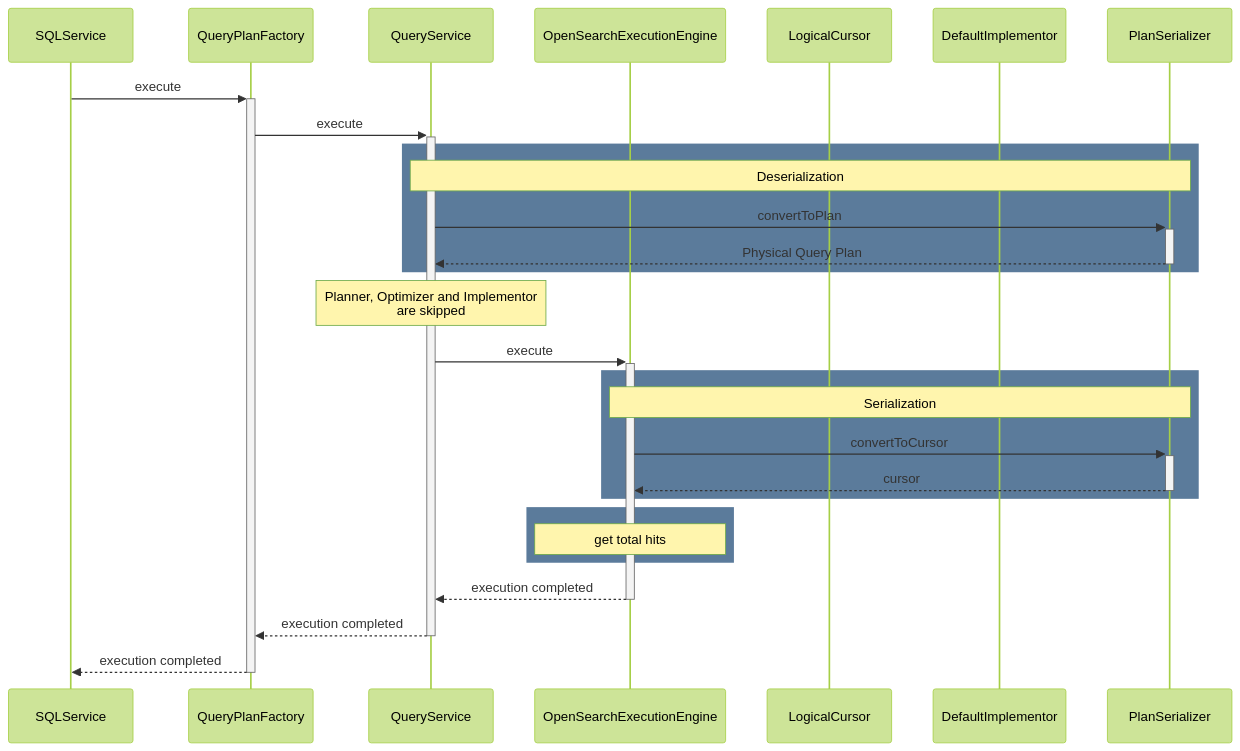
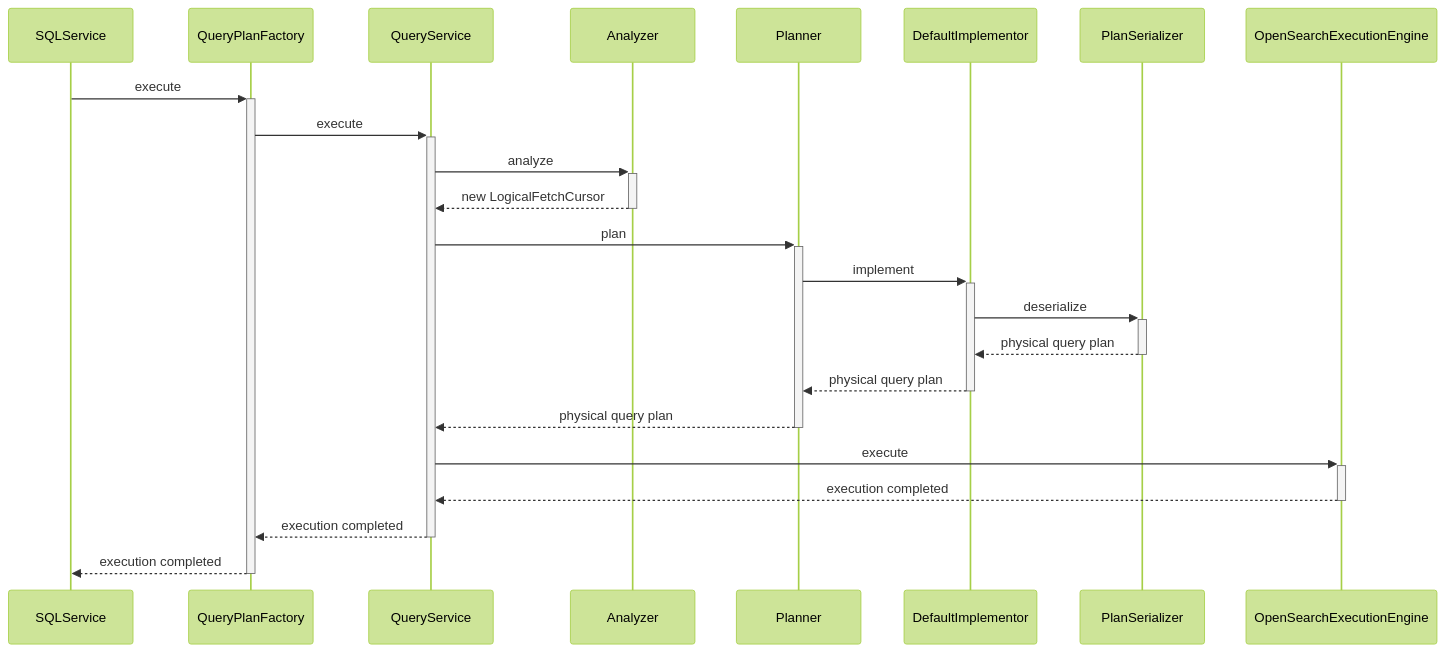
Before and after one commit to opensearch-project/sql: diagram 13 of 18 in docs/dev/Pagination-v2.md, drawn with Mermaid (forest theme). The commit also changed other lines of this file, not shown here.

Commit message:
Update design document to reflect refactor.

````diff
--- a/docs/dev/Pagination-v2.md
+++ b/docs/dev/Pagination-v2.md
@@ -501,31 +501,18 @@
 ```mermaid
 sequenceDiagram
-    participant SQLService
-    participant QueryPlanFactory
-    participant QueryService
-    participant OpenSearchExecutionEngine
-    participant LogicalCursor
-    participant DefaultImplementor
-    participant PlanSerializer
 
 SQLService ->>+ QueryPlanFactory : execute
   QueryPlanFactory ->>+ QueryService : execute
-    rect rgb(91, 123, 155)
-    note over QueryService, PlanSerializer : Deserialization
-    QueryService ->>+ PlanSerializer: convertToPlan
-      PlanSerializer -->>- QueryService: Physical Query Plan
-    end
-    Note over QueryService : Planner, Optimizer and Implementor<br />are skipped
-    QueryService ->>+ OpenSearchExecutionEngine : execute
-      rect rgb(91, 123, 155)
-      note over OpenSearchExecutionEngine, PlanSerializer : Serialization
-      OpenSearchExecutionEngine ->>+ PlanSerializer : convertToCursor
-        PlanSerializer -->>- OpenSearchExecutionEngine : cursor
-      end
-      rect rgb(91, 123, 155)
-      Note over OpenSearchExecutionEngine : get total hits
-      end
-      OpenSearchExecutionEngine -->>- QueryService: execution completed
-    QueryService -->>- QueryPlanFactory : execution completed
+  QueryService ->>+ Analyzer : analyze
+  Analyzer -->>- QueryService : new LogicalFetchCursor
+  QueryService ->>+ Planner : plan
+  Planner ->>+ DefaultImplementor : implement
+  DefaultImplementor ->>+ PlanSerializer : deserialize
+  PlanSerializer -->>- DefaultImplementor: physical query plan
+  DefaultImplementor -->>- Planner : physical query plan
+  Planner -->>- QueryService : physical query plan
+  QueryService ->>+ OpenSearchExecutionEngine : execute
+  OpenSearchExecutionEngine -->>- QueryService: execution completed
+  QueryService -->>- QueryPlanFactory : execution completed
   QueryPlanFactory -->>- SQLService : execution completed
 ```
````
